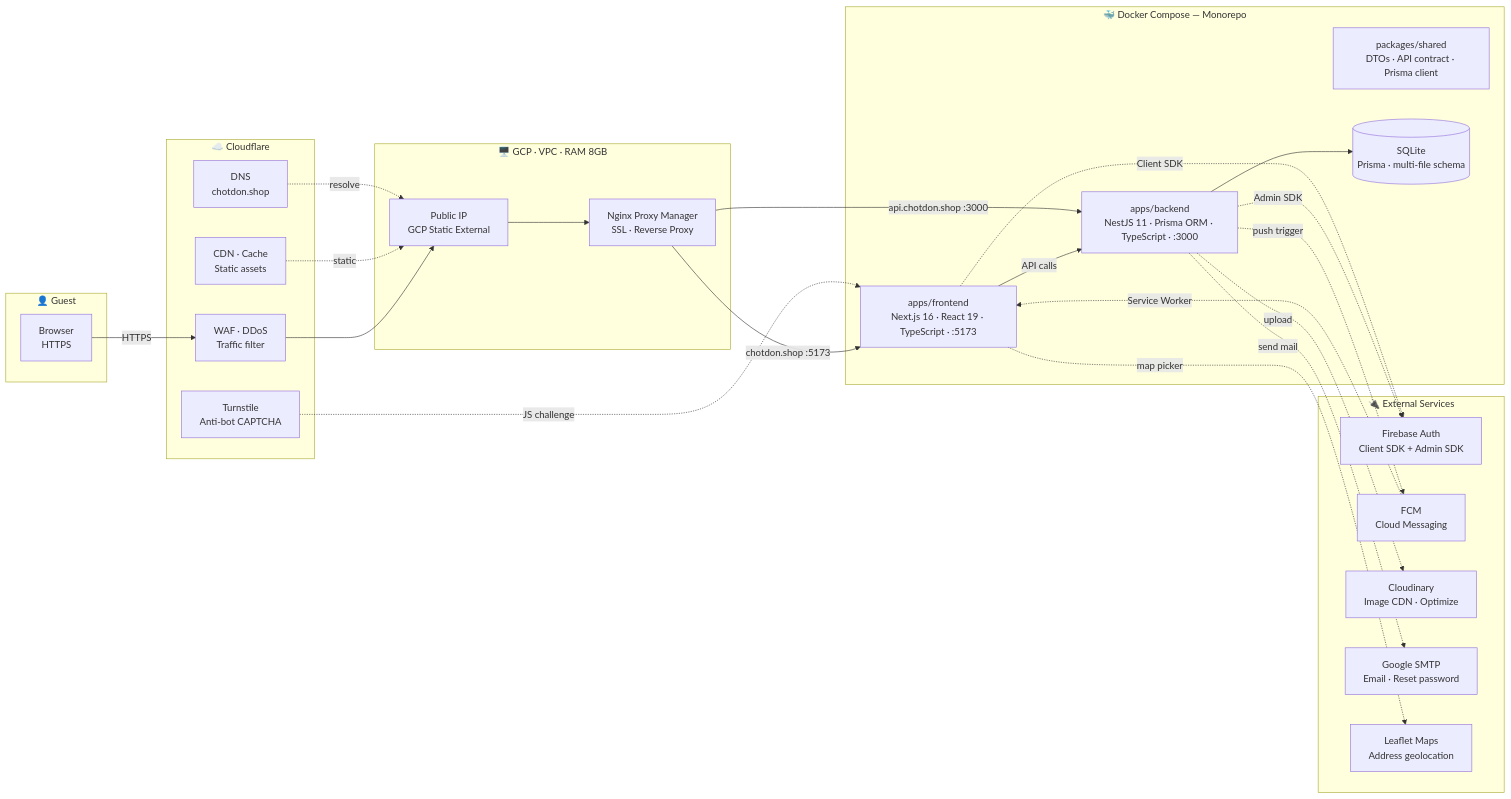
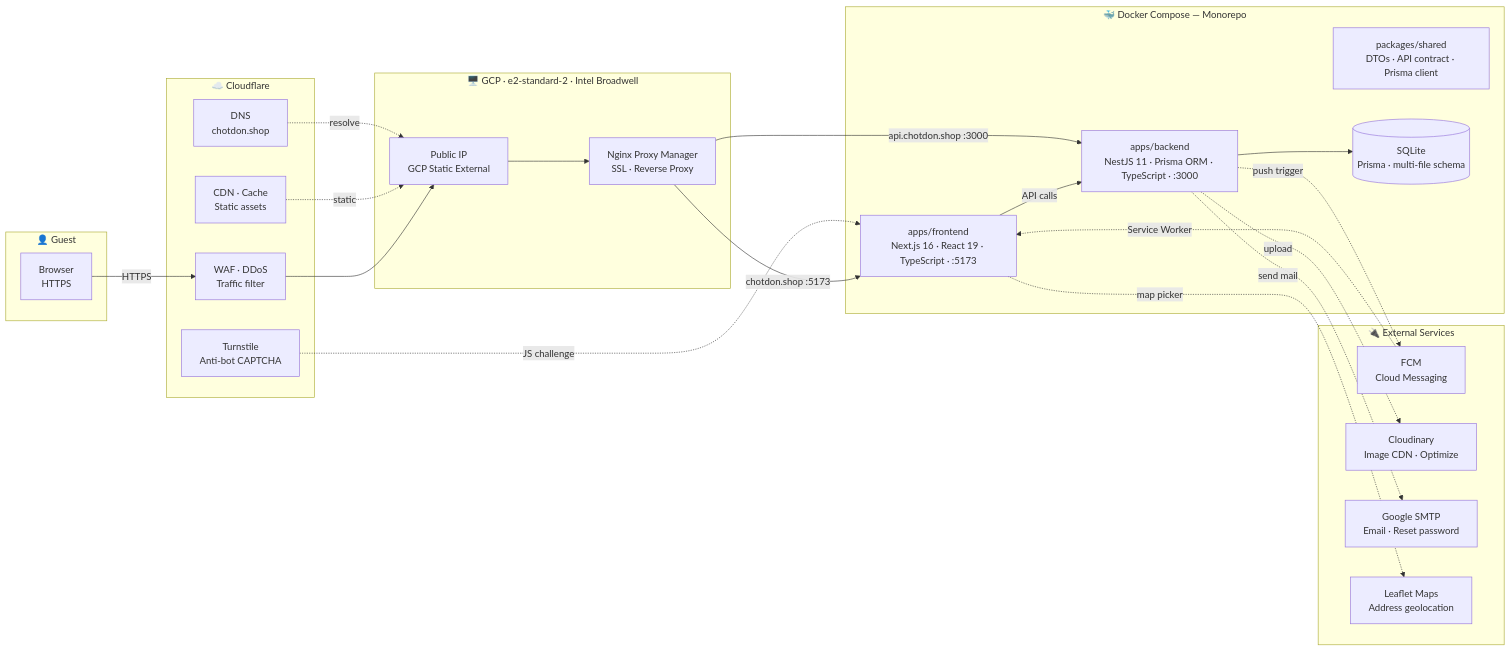
Before and after one commit to dat-dv/e-commerce: the diagram in README.md, drawn with Mermaid. The commit also changed other lines of this file, not shown here.

````diff
--- a/README.md
+++ b/README.md
@@ -9,54 +9,51 @@
 ```mermaid
 flowchart LR
     subgraph GUEST["👤 Guest"]
         U["Browser\nHTTPS"]
     end
 
     subgraph CF["☁️ Cloudflare"]
         DNS["DNS\nchotdon.shop"]
         WAF["WAF · DDoS\nTraffic filter"]
         CDN["CDN · Cache\nStatic assets"]
         TS["Turnstile\nAnti-bot CAPTCHA"]
     end
 
-    subgraph GCP["🖥️ GCP · VPC · RAM 8GB"]
+    subgraph GCP["🖥️ GCP · e2-standard-2 · Intel Broadwell"]
         PIP["Public IP\nGCP Static External"]
         NPM["Nginx Proxy Manager\nSSL · Reverse Proxy"]
     end
 
     subgraph DOCKER["🐳 Docker Compose — Monorepo"]
         SHARED["packages/shared\nDTOs · API contract · Prisma client"]
         FE["apps/frontend\nNext.js 16 · React 19 · TypeScript · :5173"]
         BE["apps/backend\nNestJS 11 · Prisma ORM · TypeScript · :3000"]
         DB[("SQLite\nPrisma · multi-file schema")]
     end
 
     subgraph EXT["🔌 External Services"]
-        FBAUTH["Firebase Auth\nClient SDK + Admin SDK"]
         FCM["FCM\nCloud Messaging"]
         CLOUD["Cloudinary\nImage CDN · Optimize"]
         SMTP["Google SMTP\nEmail · Reset password"]
         MAP["Leaflet Maps\nAddress geolocation"]
     end
 
     U -->|HTTPS| WAF
     DNS -.->|resolve| PIP
     CDN -.->|static| PIP
     WAF --> PIP
     PIP --> NPM
     TS -.->|JS challenge| FE
 
     NPM -->|chotdon.shop :5173| FE
     NPM -->|api.chotdon.shop :3000| BE
 
     FE -->|API calls| BE
     BE --> DB
 
-    FE -.->|Client SDK| FBAUTH
-    BE -.->|Admin SDK| FBAUTH
     BE -.->|push trigger| FCM
     FCM -.->|Service Worker| FE
     BE -.->|upload| CLOUD
     BE -.->|send mail| SMTP
     FE -.->|map picker| MAP
 ```
````
